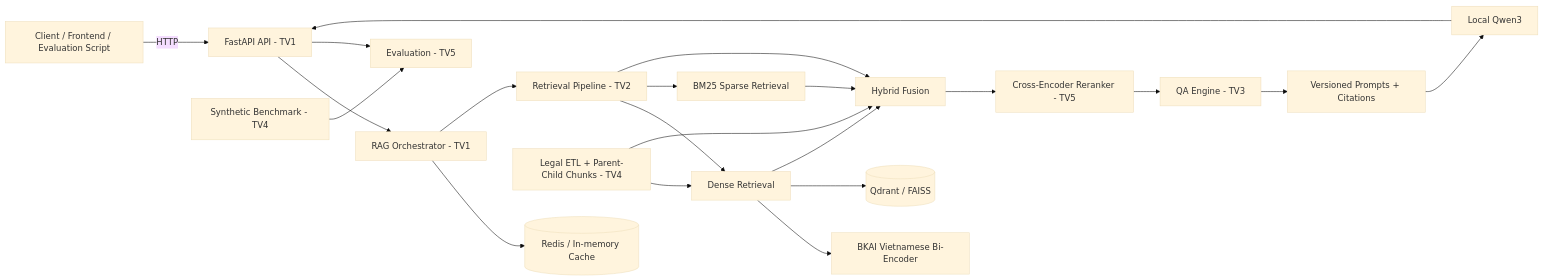
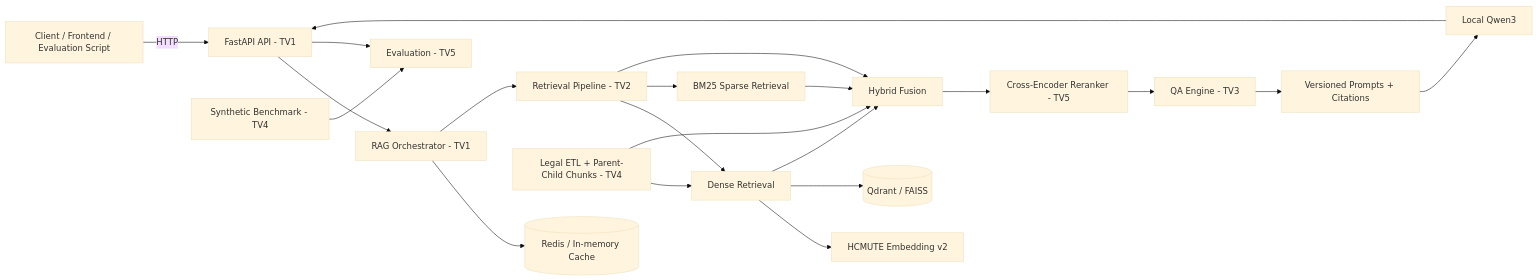
The diagram in README.md (solvarhuynh/UIT-Data-Science-Challenge-2026), drawn with Mermaid (base theme) before and after one commit. The commit also changed other lines of this file and 25 other files, not shown here.

````diff
--- a/README.md
+++ b/README.md
@@ -27,23 +27,23 @@
 ```mermaid
 flowchart LR
     C[Client / Frontend / Evaluation Script] -->|HTTP| API[FastAPI API - TV1]
     API --> O[RAG Orchestrator - TV1]
     O --> Cache[(Redis / In-memory Cache)]
     O --> RP[Retrieval Pipeline - TV2]
     RP --> D[Dense Retrieval]
-    D --> E[BKAI Vietnamese Bi-Encoder]
+    D --> E[HCMUTE Embedding v2]
     D --> V[(Qdrant / FAISS)]
     RP --> S[BM25 Sparse Retrieval]
     RP --> H[Hybrid Fusion]
     S --> H
     D --> H
     H --> R[Cross-Encoder Reranker - TV5]
     R --> Q[QA Engine - TV3]
     Q --> P[Versioned Prompts + Citations]
     P --> L[Local Qwen3]
     L --> API
     ETL[Legal ETL + Parent-Child Chunks - TV4] --> D
     ETL --> H
     Bench[Synthetic Benchmark - TV4] --> Eval[Evaluation - TV5]
     API --> Eval
 ```
````
